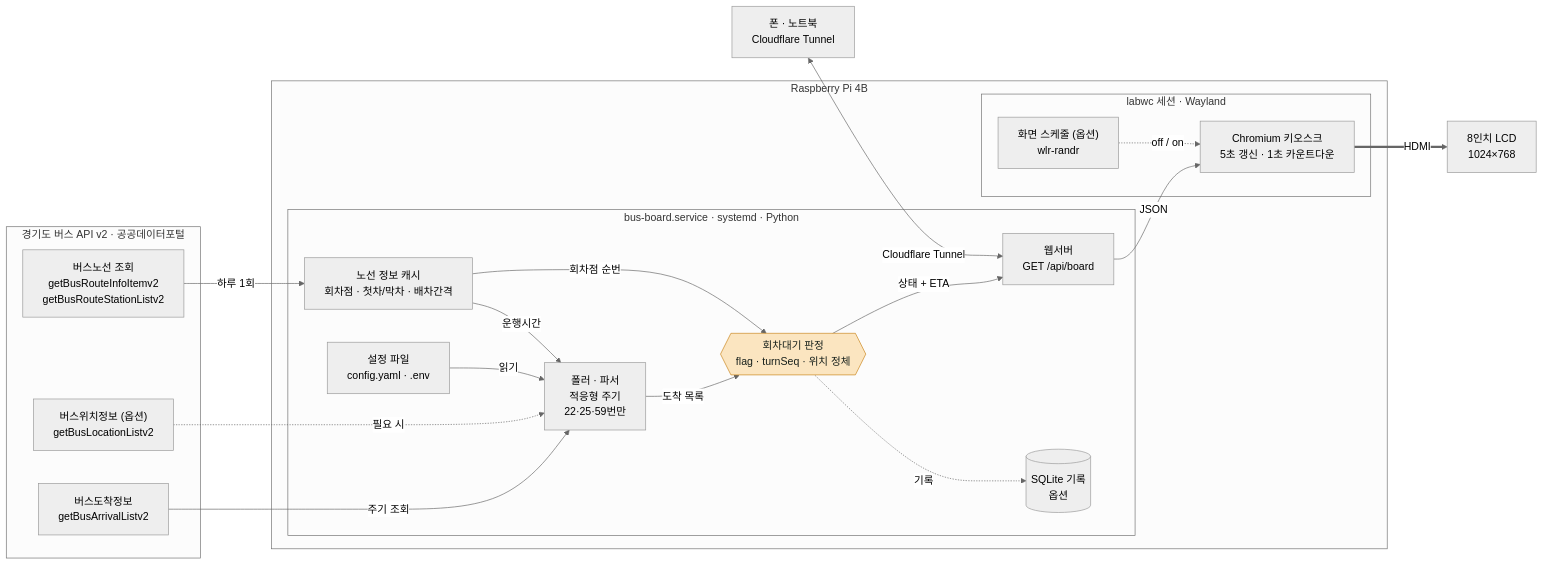
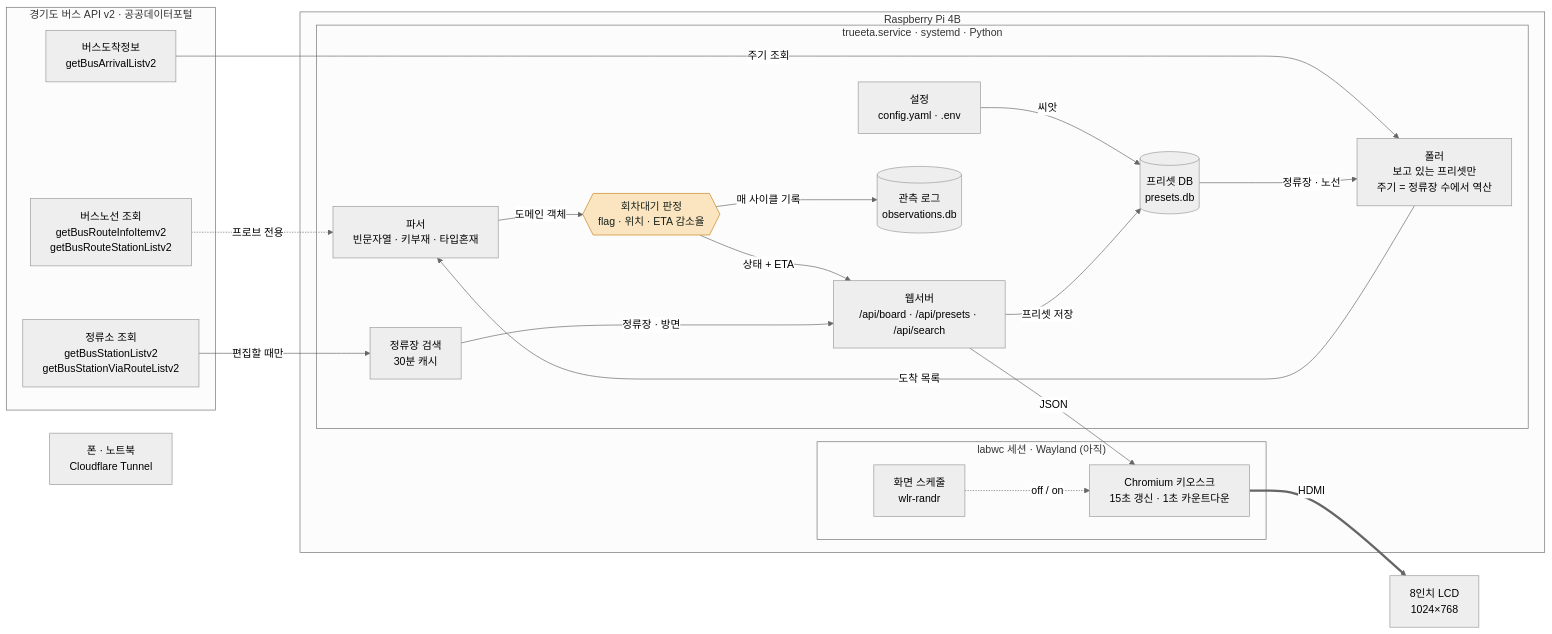
Before and after one commit to Hun0305/TrueETA: the second of 2 diagrams in docs/architecture.md, drawn with Mermaid (neutral theme). The commit also changed other lines of this file and 4 other files, not shown here.

````diff
--- a/docs/architecture.md
+++ b/docs/architecture.md
@@ -81,43 +90,46 @@
 ```mermaid
 flowchart LR
     subgraph API["경기도 버스 API v2 · 공공데이터포털"]
         A_ROUTE["버스노선 조회<br/>getBusRouteInfoItemv2<br/>getBusRouteStationListv2"]
         A_ARR["버스도착정보<br/>getBusArrivalListv2"]
-        A_LOC["버스위치정보 (옵션)<br/>getBusLocationListv2"]
+        A_STA["정류소 조회<br/>getBusStationListv2<br/>getBusStationViaRouteListv2"]
     end
 
     subgraph RPI["Raspberry Pi 4B"]
-        subgraph SVC["bus-board.service · systemd · Python"]
-            CFG["설정 파일<br/>config.yaml · .env"]
-            POLL["폴러 · 파서<br/>적응형 주기<br/>22·25·59번만"]
-            RCACHE["노선 정보 캐시<br/>회차점 · 첫차/막차 · 배차간격"]
-            JUDGE{{"회차대기 판정<br/>flag · turnSeq · 위치 정체"}}
-            WEB["웹서버<br/>GET /api/board"]
-            DB[("SQLite 기록<br/>옵션")]
+        subgraph SVC["trueeta.service · systemd · Python"]
+            CFG["설정<br/>config.yaml · .env"]
+            PRESET[("프리셋 DB<br/>presets.db")]
+            POLL["폴러<br/>보고 있는 프리셋만<br/>주기 = 정류장 수에서 역산"]
+            PARSE["파서<br/>빈문자열 · 키부재 · 타입혼재"]
+            JUDGE{{"회차대기 판정<br/>flag · 위치 · ETA 감소율"}}
+            SEARCH["정류장 검색<br/>30분 캐시"]
+            WEB["웹서버<br/>/api/board · /api/presets · /api/search"]
+            OBS[("관측 로그<br/>observations.db")]
         end
-        subgraph SES["labwc 세션 · Wayland"]
-            SCHED["화면 스케줄 (옵션)<br/>wlr-randr"]
-            KIOSK["Chromium 키오스크<br/>5초 갱신 · 1초 카운트다운"]
+        subgraph SES["labwc 세션 · Wayland (아직)"]
+            SCHED["화면 스케줄<br/>wlr-randr"]
+            KIOSK["Chromium 키오스크<br/>15초 갱신 · 1초 카운트다운"]
         end
     end
 
     PHONE["폰 · 노트북<br/>Cloudflare Tunnel"]
     LCD["8인치 LCD<br/>1024×768"]
 
-    A_ROUTE -->|하루 1회| RCACHE
+    A_ROUTE -.->|프로브 전용| PARSE
     A_ARR -->|주기 조회| POLL
-    A_LOC -.->|필요 시| POLL
-    CFG -->|읽기| POLL
-    RCACHE -->|운행시간| POLL
-    POLL -->|도착 목록| JUDGE
-    RCACHE -->|회차점 순번| JUDGE
+    A_STA -->|편집할 때만| SEARCH
+    CFG -->|씨앗| PRESET
+    PRESET -->|정류장 · 노선| POLL
+    POLL -->|도착 목록| PARSE
+    PARSE -->|도메인 객체| JUDGE
     JUDGE -->|상태 + ETA| WEB
-    JUDGE -.->|기록| DB
+    JUDGE -->|매 사이클 기록| OBS
+    SEARCH -->|정류장 · 방면| WEB
+    WEB -->|프리셋 저장| PRESET
     WEB -->|JSON| KIOSK
     SCHED -.->|off / on| KIOSK
     KIOSK ==>|HDMI| LCD
-    PHONE <-->|Cloudflare Tunnel| WEB
 
     classDef core fill:#FBE5C0,stroke:#C98217,color:#17201B
     class JUDGE core
 ```
````
